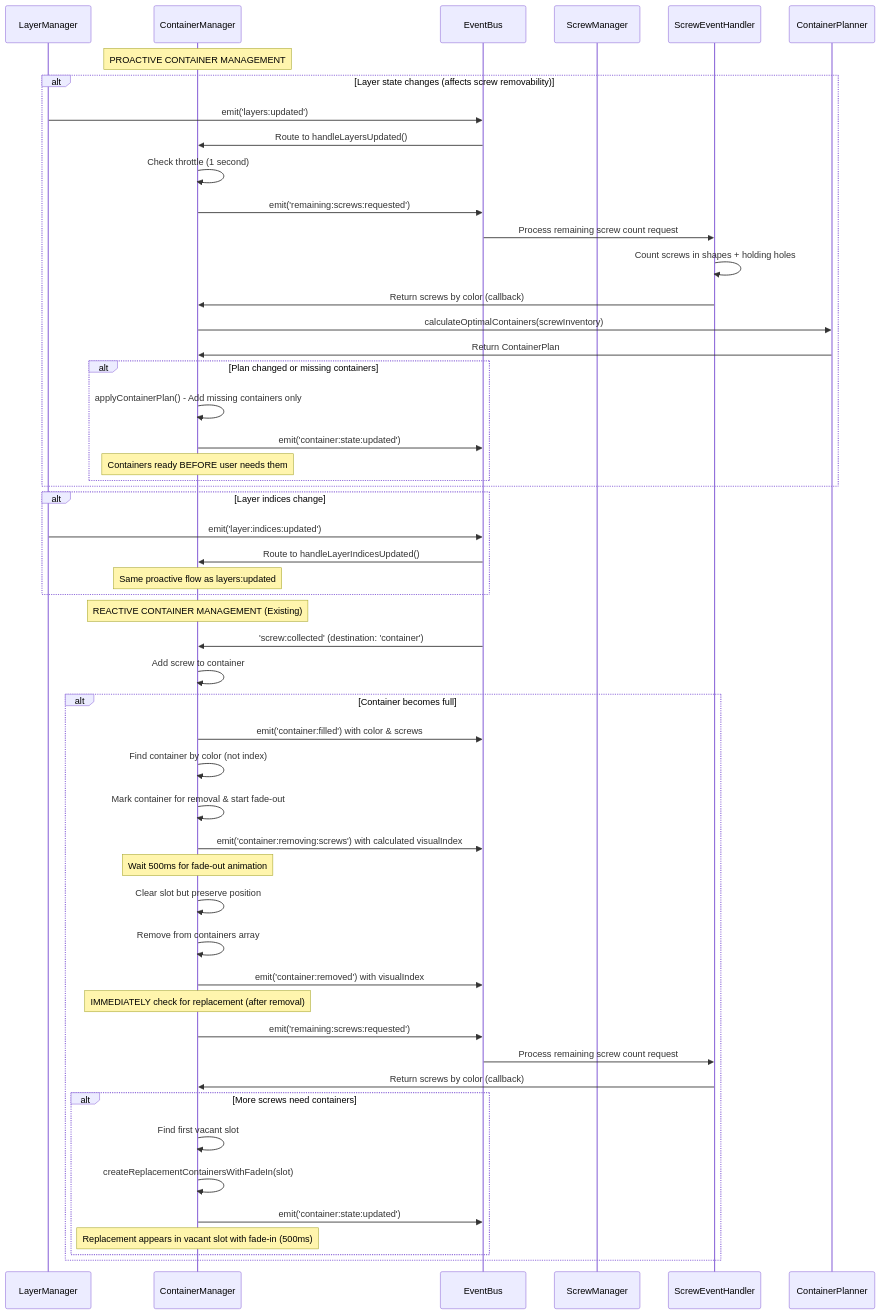
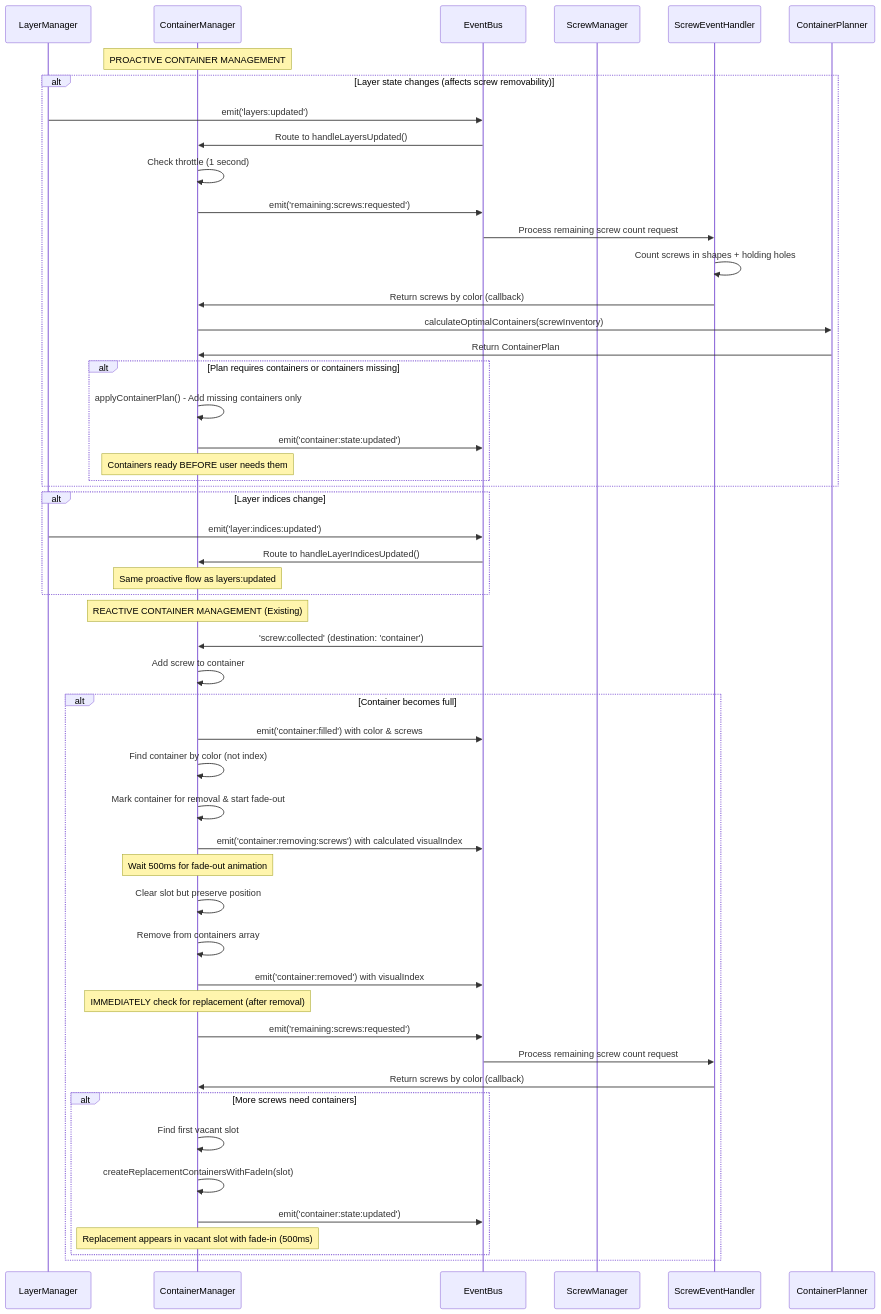
The second of 6 diagrams in docs/game_event_flows.md (paulrobello/par-shape-2d), drawn with Mermaid before and after one commit. The commit also changed other lines of this file and 1 other file, not shown here.

````diff
--- a/docs/game_event_flows.md
+++ b/docs/game_event_flows.md
@@ -169,64 +175,64 @@
 ```mermaid
 sequenceDiagram
     participant LM as LayerManager
     participant CM as ContainerManager
     participant EB as EventBus
     participant SM as ScrewManager
     participant SEH as ScrewEventHandler
     participant CP as ContainerPlanner
 
     Note over CM: PROACTIVE CONTAINER MANAGEMENT
     
     alt Layer state changes (affects screw removability)
         LM->>EB: emit('layers:updated')
         EB->>CM: Route to handleLayersUpdated()
         CM->>CM: Check throttle (1 second)
         CM->>EB: emit('remaining:screws:requested')
         EB->>SEH: Process remaining screw count request
         SEH->>SEH: Count screws in shapes + holding holes
         SEH->>CM: Return screws by color (callback)
         CM->>CP: calculateOptimalContainers(screwInventory)
         CP->>CM: Return ContainerPlan
         
-        alt Plan changed or missing containers
+        alt Plan requires containers or containers missing
             CM->>CM: applyContainerPlan() - Add missing containers only
             CM->>EB: emit('container:state:updated')
             Note over CM: Containers ready BEFORE user needs them
         end
     end
     
     alt Layer indices change
         LM->>EB: emit('layer:indices:updated')
         EB->>CM: Route to handleLayerIndicesUpdated()
         Note over CM: Same proactive flow as layers:updated
     end
 
     Note over CM: REACTIVE CONTAINER MANAGEMENT (Existing)
     
     EB->>CM: 'screw:collected' (destination: 'container')
     CM->>CM: Add screw to container
     
     alt Container becomes full
         CM->>EB: emit('container:filled') with color & screws
         CM->>CM: Find container by color (not index)
         CM->>CM: Mark container for removal & start fade-out
         CM->>EB: emit('container:removing:screws') with calculated visualIndex
         
         Note over CM: Wait 500ms for fade-out animation
         CM->>CM: Clear slot but preserve position
         CM->>CM: Remove from containers array
         CM->>EB: emit('container:removed') with visualIndex
         
         Note over CM: IMMEDIATELY check for replacement (after removal)
         CM->>EB: emit('remaining:screws:requested')
         EB->>SEH: Process remaining screw count request
         SEH->>CM: Return screws by color (callback)
         
         alt More screws need containers
             CM->>CM: Find first vacant slot
             CM->>CM: createReplacementContainersWithFadeIn(slot)
             CM->>EB: emit('container:state:updated')
             Note over CM: Replacement appears in vacant slot with fade-in (500ms)
         end
     end
 ```
````
